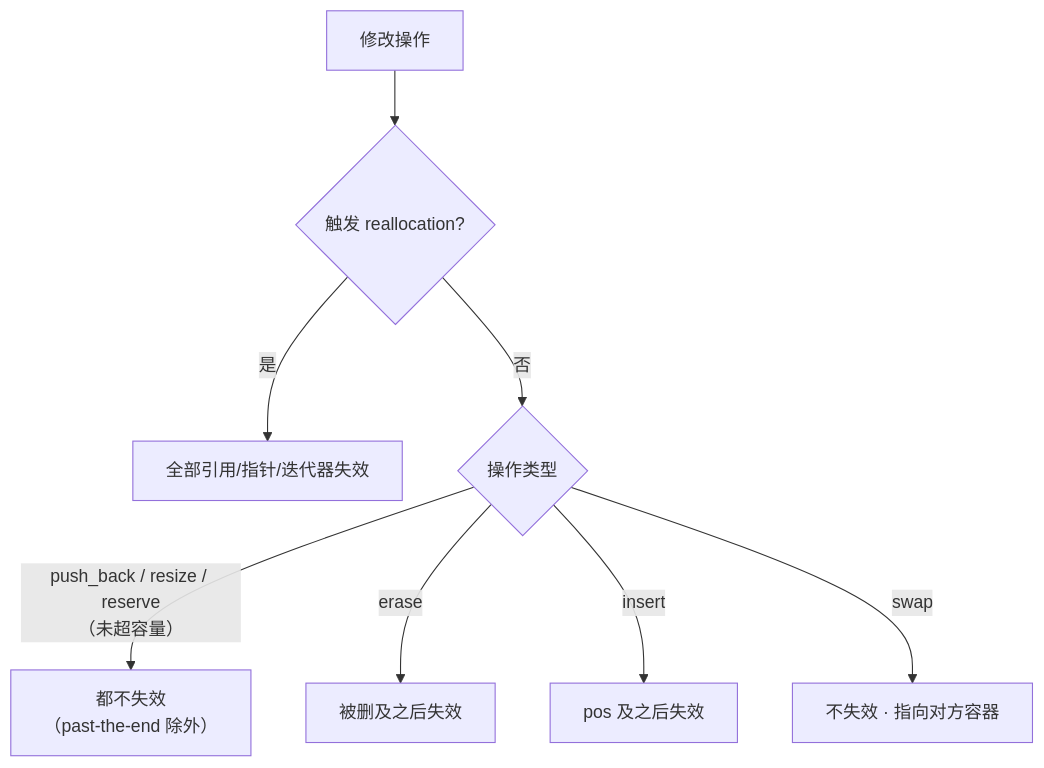
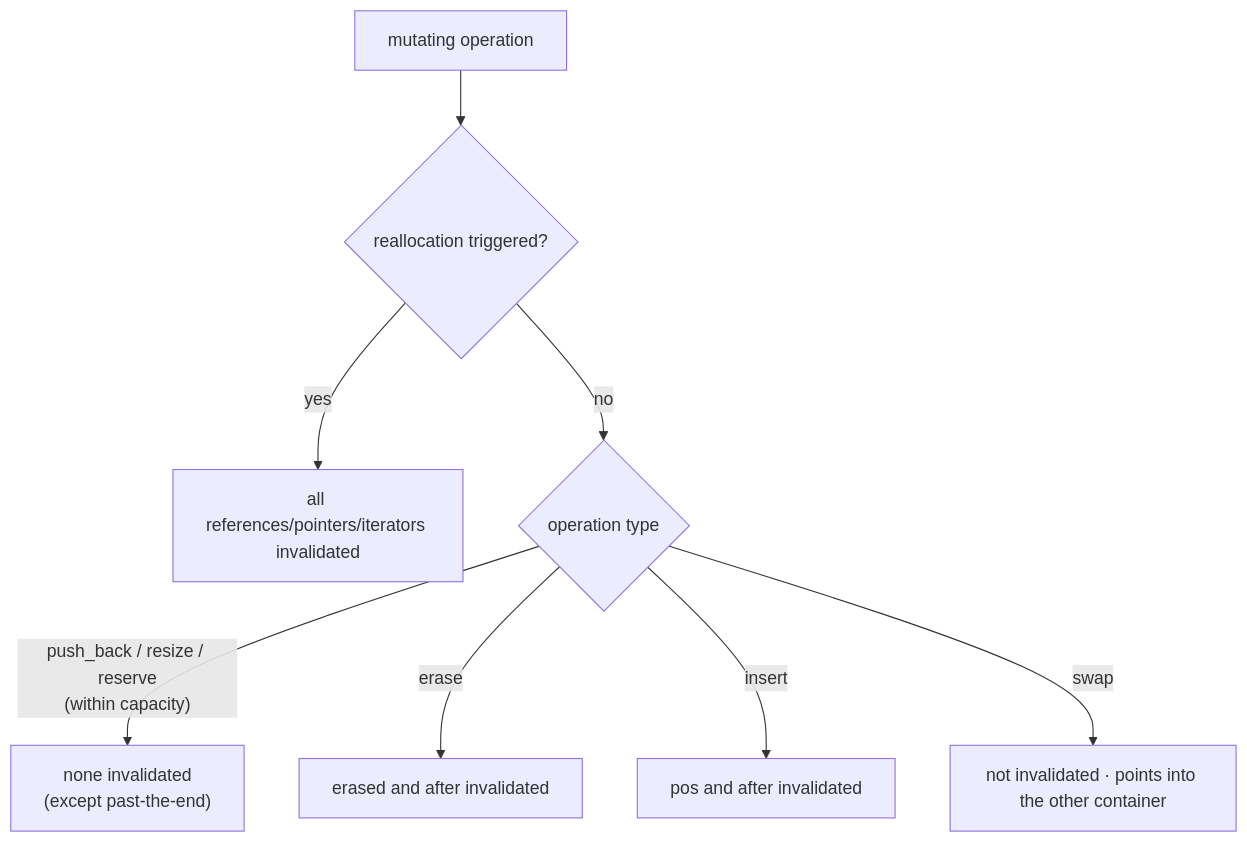
The third of 3 diagrams in documents/en/vol3-standard-library/containers/03-vector-deep-dive.md (Awesome-Embedded-Learning-Studio/Tutorial_AwesomeModernCPP), drawn with Mermaid before and after one commit. The commit also changed other lines of this file and 605 other files, not shown here.

````diff
--- a/documents/en/vol3-standard-library/containers/03-vector-deep-dive.md
+++ b/documents/en/vol3-standard-library/containers/03-vector-deep-dive.md
@@ -106,10 +104,10 @@
 ```mermaid
 flowchart TD
-    OP["修改操作"] --> T{"触发 reallocation?"}
-    T -- "是" --> ALL["全部引用/指针/迭代器失效"]
-    T -- "否" --> K{"操作类型"}
-    K -- "push_back / resize / reserve<br/>（未超容量）" --> NONE["都不失效<br/>（past-the-end 除外）"]
-    K -- "erase" --> AFTER["被删及之后失效"]
-    K -- "insert" --> POS["pos 及之后失效"]
-    K -- "swap" --> SWAP["不失效 · 指向对方容器"]
+    OP["mutating operation"] --> T{"reallocation triggered?"}
+    T -- "yes" --> ALL["all references/pointers/iterators invalidated"]
+    T -- "no" --> K{"operation type"}
+    K -- "push_back / resize / reserve<br/>(within capacity)" --> NONE["none invalidated<br/>(except past-the-end)"]
+    K -- "erase" --> AFTER["erased and after invalidated"]
+    K -- "insert" --> POS["pos and after invalidated"]
+    K -- "swap" --> SWAP["not invalidated · points into the other container"]
 ```
````
